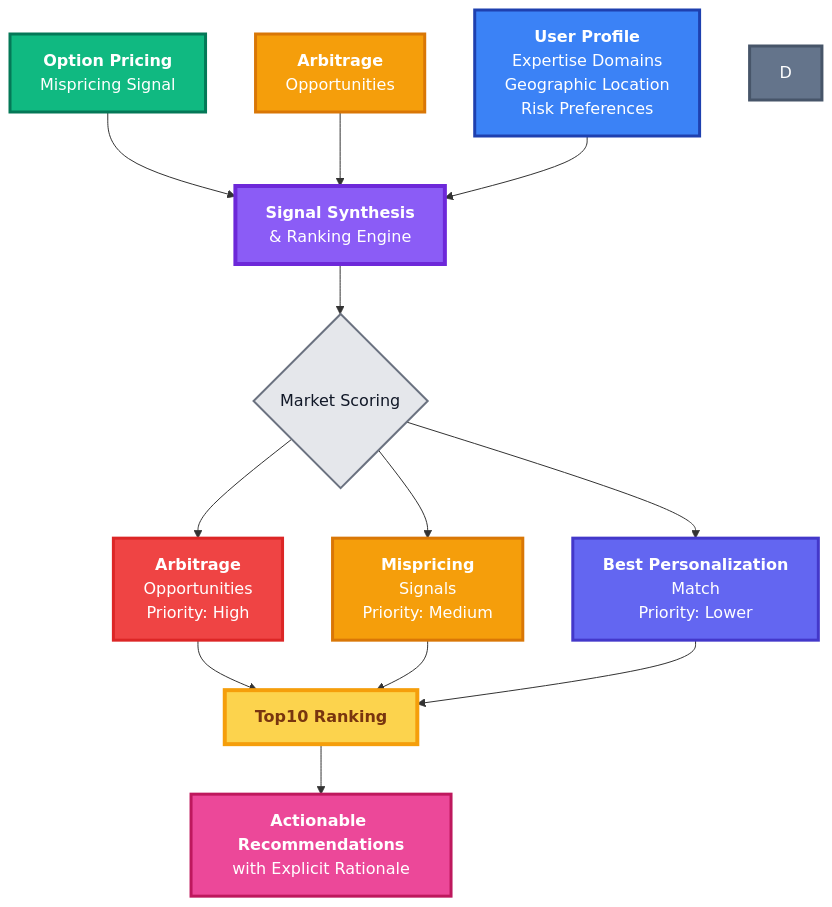
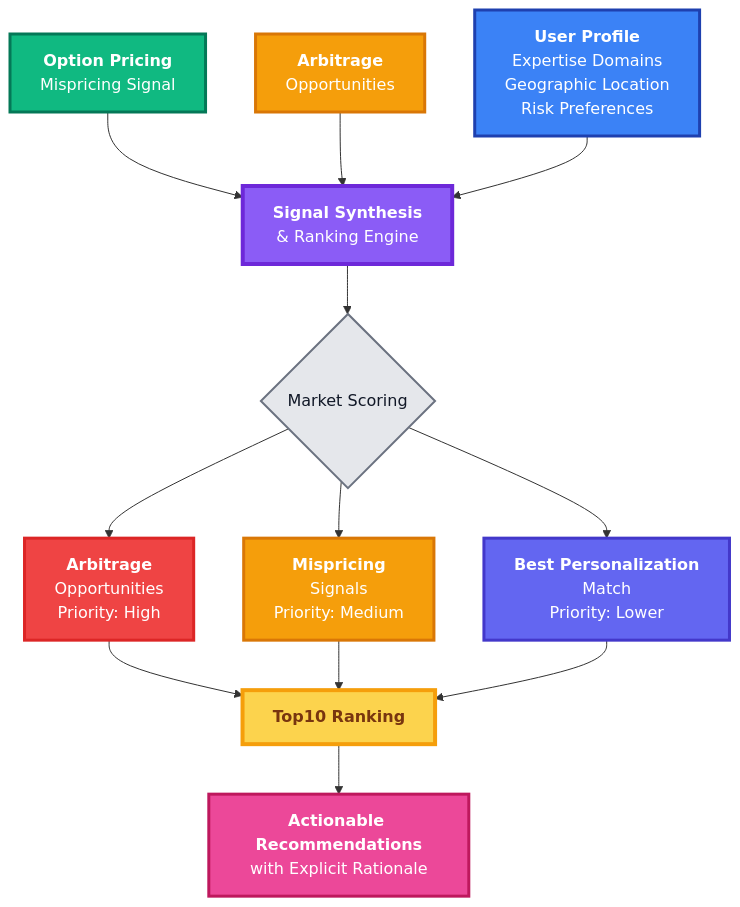
The fourth of 4 diagrams in docs/PRODUCT_OVERVIEW.md (nelsonjingusc/predictoriq-demo), drawn with Mermaid before and after one commit. The commit also changed other lines of this file, not shown here.

Commit message:
update diagram

````diff
--- a/docs/PRODUCT_OVERVIEW.md
+++ b/docs/PRODUCT_OVERVIEW.md
@@ -122,29 +121,28 @@
 ```mermaid
 graph TD
     A["<b>Option Pricing</b><br/>Mispricing Signal"] --> E["<b>Signal Synthesis</b><br/>& Ranking Engine"]
     B["<b>Arbitrage</b><br/>Opportunities"] --> E
     C["<b>User Profile</b><br/>Expertise Domains<br/>Geographic Location<br/>Risk Preferences"] --> E
     
     E --> F{Market Scoring}
     F --> G["<b>Arbitrage</b><br/>Opportunities<br/>Priority: High"]
     F --> H["<b>Mispricing</b><br/>Signals<br/>Priority: Medium"]
     F --> I["<b>Best Personalization</b><br/>Match<br/>Priority: Lower"]
     
     G --> J["<b>Top10 Ranking</b>"]
     H --> J
     I --> J
     
     J --> K["<b>Actionable Recommendations</b><br/>with Explicit Rationale"]
     
     style A fill:#10B981,stroke:#047857,stroke-width:3px,color:#FFFFFF
     style B fill:#F59E0B,stroke:#D97706,stroke-width:3px,color:#FFFFFF
     style C fill:#3B82F6,stroke:#1E40AF,stroke-width:3px,color:#FFFFFF
-    style D fill:#64748B,stroke:#475569,stroke-width:3px,color:#FFFFFF
     style E fill:#8B5CF6,stroke:#6D28D9,stroke-width:4px,color:#FFFFFF
     style F fill:#E5E7EB,stroke:#6B7280,stroke-width:2px,color:#111827
     style G fill:#EF4444,stroke:#DC2626,stroke-width:3px,color:#FFFFFF
     style H fill:#F59E0B,stroke:#D97706,stroke-width:3px,color:#FFFFFF
     style I fill:#6366F1,stroke:#4338CA,stroke-width:3px,color:#FFFFFF
     style J fill:#FCD34D,stroke:#F59E0B,stroke-width:4px,color:#78350F
     style K fill:#EC4899,stroke:#BE185D,stroke-width:3px,color:#FFFFFF
 ```
````
